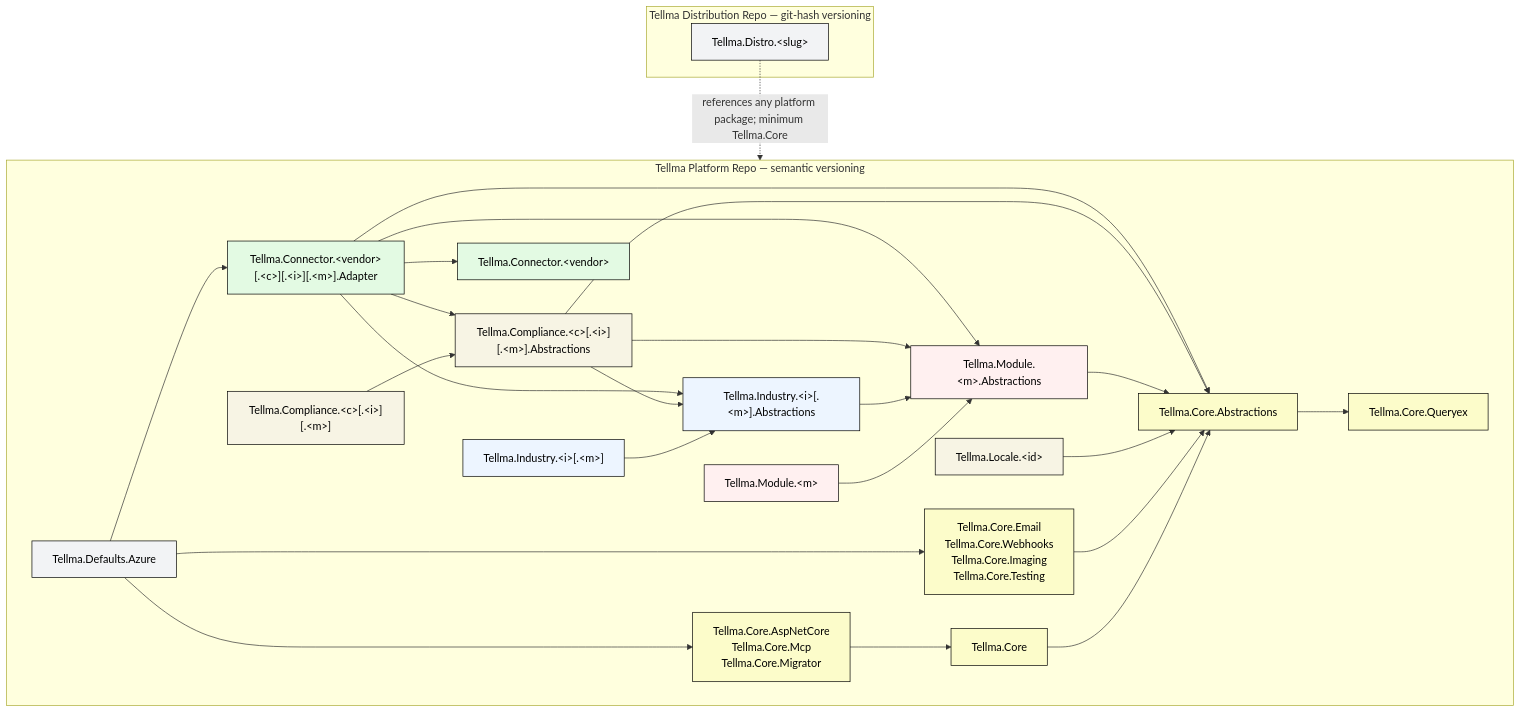
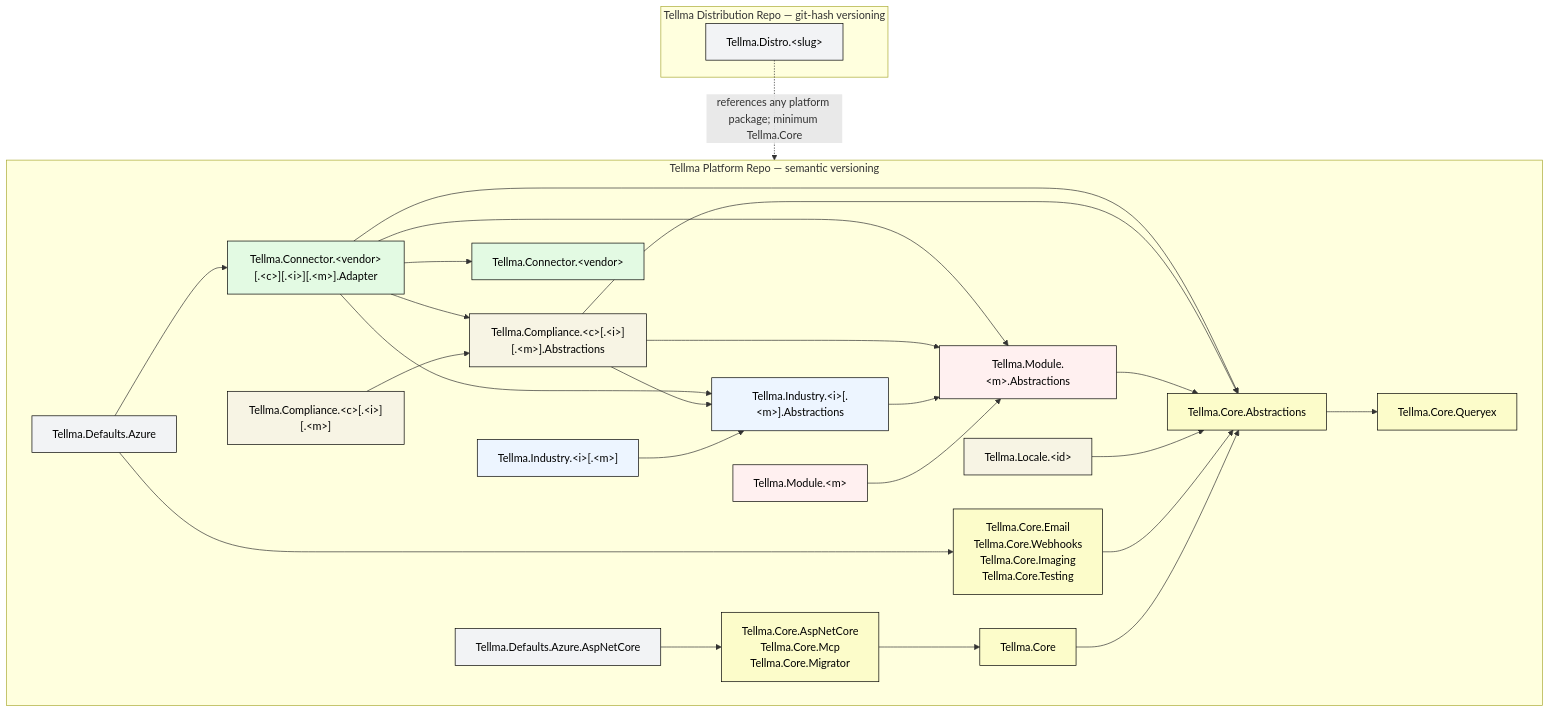
The second of 5 diagrams in ARCHITECTURE.md (tellma-ltd/tellma-platform), drawn with Mermaid before and after one commit. The commit also changed other lines of this file and 10 other files, not shown here.

````diff
--- a/ARCHITECTURE.md
+++ b/ARCHITECTURE.md
@@ -358,56 +361,57 @@
 ```mermaid
 flowchart TB
     classDef core fill:#fcfcca,stroke:#000,color:#000
     classDef module fill:#fff0f0,stroke:#000,color:#000
     classDef locale fill:#f7f4e4,stroke:#000,color:#000
     classDef industry fill:#edf5ff,stroke:#000,color:#000
     classDef compliance fill:#f7f4e4,stroke:#000,color:#000
     classDef connector fill:#e3fae3,stroke:#000,color:#000
     classDef distro fill:#f2f3f5,stroke:#000,color:#000
 
     subgraph PLATFORM["Tellma Platform Repo — semantic versioning"]
         CoreAbs["Tellma.Core.Abstractions"]:::core
         Core["Tellma.Core"]:::core
         CoreAdapters["Tellma.Core.AspNetCore<br/>Tellma.Core.Mcp<br/>Tellma.Core.Migrator"]:::core
         CoreOptional["Tellma.Core.Email<br/>Tellma.Core.Webhooks<br/>Tellma.Core.Imaging<br/>Tellma.Core.Testing"]:::core
         Queryex["Tellma.Core.Queryex"]:::core
         ModuleAbs["Tellma.Module.&lt;m&gt;.Abstractions"]:::module
         Module["Tellma.Module.&lt;m&gt;"]:::module
         Locale["Tellma.Locale.&lt;id&gt;"]:::locale
         IndustryAbs["Tellma.Industry.&lt;i&gt;[.&lt;m&gt;].Abstractions"]:::industry
         Industry["Tellma.Industry.&lt;i&gt;[.&lt;m&gt;]"]:::industry
         ComplianceAbs["Tellma.Compliance.&lt;c&gt;[.&lt;i&gt;][.&lt;m&gt;].Abstractions"]:::compliance
         Compliance["Tellma.Compliance.&lt;c&gt;[.&lt;i&gt;][.&lt;m&gt;]"]:::compliance
         Connector["Tellma.Connector.&lt;vendor&gt;"]:::connector
         Adapter["Tellma.Connector.&lt;vendor&gt;[.&lt;c&gt;][.&lt;i&gt;][.&lt;m&gt;].Adapter"]:::connector
         Defaults["Tellma.Defaults.Azure"]:::distro
+        DefaultsWeb["Tellma.Defaults.Azure.AspNetCore"]:::distro
 
         Core --> CoreAbs
         CoreAbs --> Queryex
         CoreAdapters --> Core
         CoreOptional --> CoreAbs
         Locale --> CoreAbs
         Module --> ModuleAbs
         ModuleAbs --> CoreAbs
         Industry --> IndustryAbs
         IndustryAbs --> ModuleAbs
         Compliance --> ComplianceAbs
         ComplianceAbs --> CoreAbs
         ComplianceAbs --> ModuleAbs
         ComplianceAbs --> IndustryAbs
         Adapter --> Connector
         Adapter --> CoreAbs
         Adapter --> ModuleAbs
         Adapter --> IndustryAbs
         Adapter --> ComplianceAbs
-        Defaults --> CoreAdapters
         Defaults --> CoreOptional
         Defaults --> Adapter
+        DefaultsWeb --> CoreAdapters
     end
 
     subgraph DIST["Tellma Distribution Repo — git-hash versioning"]
         Distro["Tellma.Distro.&lt;slug&gt;"]:::distro
     end
 
     Distro -.->|references any platform package; minimum Tellma.Core| PLATFORM
 ```
````
